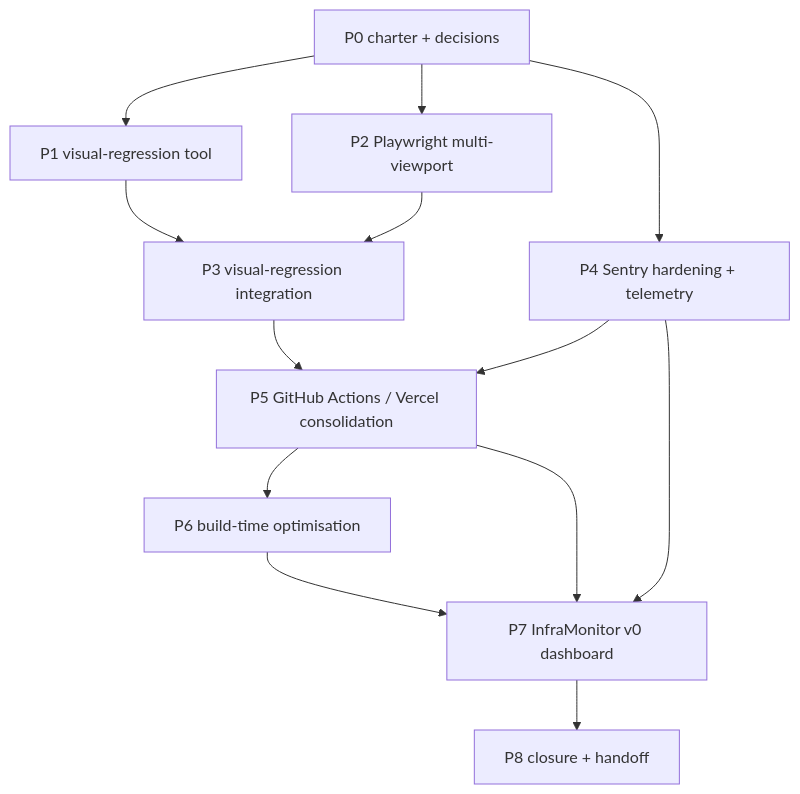
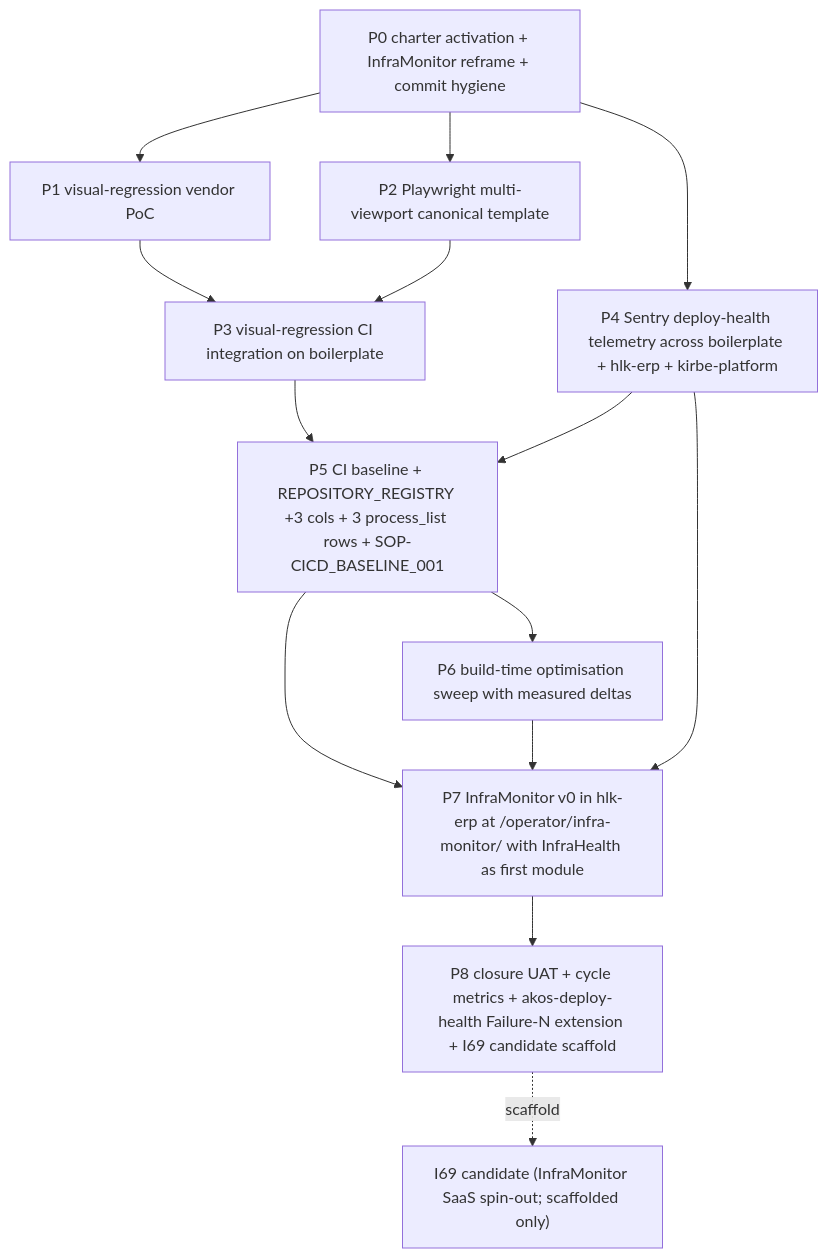
Before and after one commit to FraysaXII/openclaw-akos: the second of 2 diagrams in docs/wip/planning/68-cicd-discipline-and-observability-maturity/master-roadmap.md, drawn with Mermaid. The commit also changed other lines of this file and 13 other files, not shown here.

Commit message:
I68 Round-2 enrichment: status:active + InfraMonitor reframe (D-IH-68-K/L)

````diff
--- a/docs/wip/planning/68-cicd-discipline-and-observability-maturity/master-roadmap.md
+++ b/docs/wip/planning/68-cicd-discipline-and-observability-maturity/master-roadmap.md
@@ -143,15 +204,27 @@
 ```mermaid
 flowchart TD
-  P0[P0 charter + decisions] --> P1[P1 visual-regression tool]
-  P0 --> P2[P2 Playwright multi-viewport]
-  P1 --> P3[P3 visual-regression integration]
+  P0["P0 charter activation + InfraMonitor reframe + commit hygiene"]
+  P1["P1 visual-regression vendor PoC"]
+  P2["P2 Playwright multi-viewport canonical template"]
+  P3["P3 visual-regression CI integration on boilerplate"]
+  P4["P4 Sentry deploy-health telemetry across boilerplate + hlk-erp + kirbe-platform"]
+  P5["P5 CI baseline + REPOSITORY_REGISTRY +3 cols + 3 process_list rows + SOP-CICD_BASELINE_001"]
+  P6["P6 build-time optimisation sweep with measured deltas"]
+  P7["P7 InfraMonitor v0 in hlk-erp at /operator/infra-monitor/ with InfraHealth as first module"]
+  P8["P8 closure UAT + cycle metrics + akos-deploy-health Failure-N extension + I69 candidate scaffold"]
+  I69["I69 candidate (InfraMonitor SaaS spin-out; scaffolded only)"]
+
+  P0 --> P1
+  P0 --> P2
+  P0 --> P4
+  P1 --> P3
   P2 --> P3
-  P0 --> P4[P4 Sentry hardening + telemetry]
-  P3 --> P5[P5 GitHub Actions / Vercel consolidation]
+  P3 --> P5
   P4 --> P5
-  P5 --> P6[P6 build-time optimisation]
-  P4 --> P7[P7 InfraMonitor v0 dashboard]
+  P5 --> P6
   P5 --> P7
   P6 --> P7
-  P7 --> P8[P8 closure + handoff]
+  P4 --> P7
+  P7 --> P8
+  P8 -.scaffold.-> I69
 ```
````
